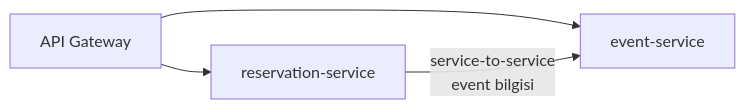
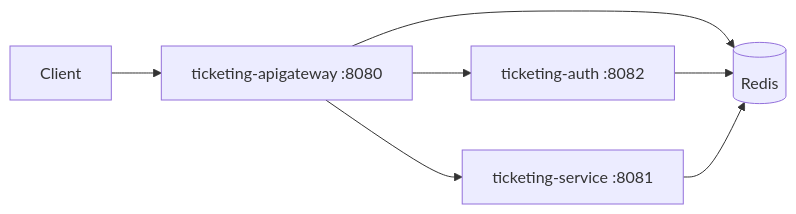
One commit to BetulAaydin/case-study-ticketing changed the second of 2 diagrams in README.md. Above: the diagram before and after it, drawn with Mermaid. The commit also changed other lines of this file and 27 other files, not shown here.

````diff
--- a/README.md
+++ b/README.md
@@ -223,10 +247,9 @@
 ```mermaid
 flowchart LR
-    GW[API Gateway]
-    EV[event-service]
-    RSV[reservation-service]
-
-    GW --> EV
-    GW --> RSV
-    RSV -->|service-to-service<br/>event bilgisi| EV
+    Client --> GW[ticketing-apigateway :8080]
+    GW --> Auth[ticketing-auth :8082]
+    GW --> TS[ticketing-service :8081]
+    GW --> Redis[(Redis)]
+    Auth --> Redis
+    TS --> Redis
 ```
````
